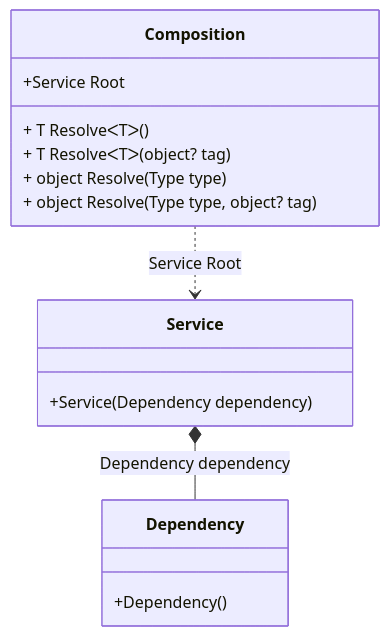
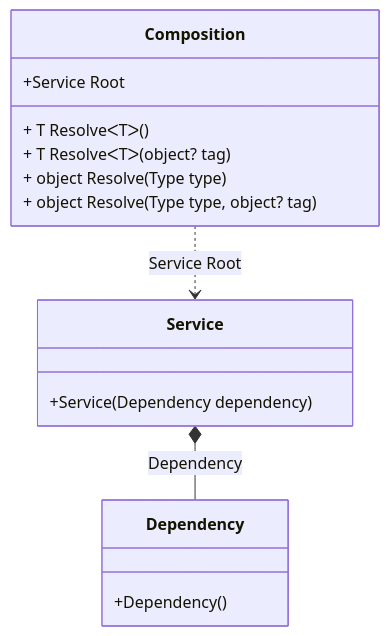
The diagram in readme/auto-bindings.md (DevTeam/Pure.DI), drawn with Mermaid before and after one commit. The commit also changed other lines of this file and 84 other files, not shown here.

````diff
--- a/readme/auto-bindings.md
+++ b/readme/auto-bindings.md
@@ -35,18 +35,18 @@
 ```mermaid
 classDiagram
   class Composition {
     +Service Root
     + T ResolveᐸTᐳ()
     + T ResolveᐸTᐳ(object? tag)
     + object Resolve(Type type)
     + object Resolve(Type type, object? tag)
   }
   class Dependency {
     +Dependency()
   }
   class Service {
     +Service(Dependency dependency)
   }
-  Service *--  Dependency : Dependency dependency
+  Service *--  Dependency : Dependency
   Composition ..> Service : Service Root
 ```
````
